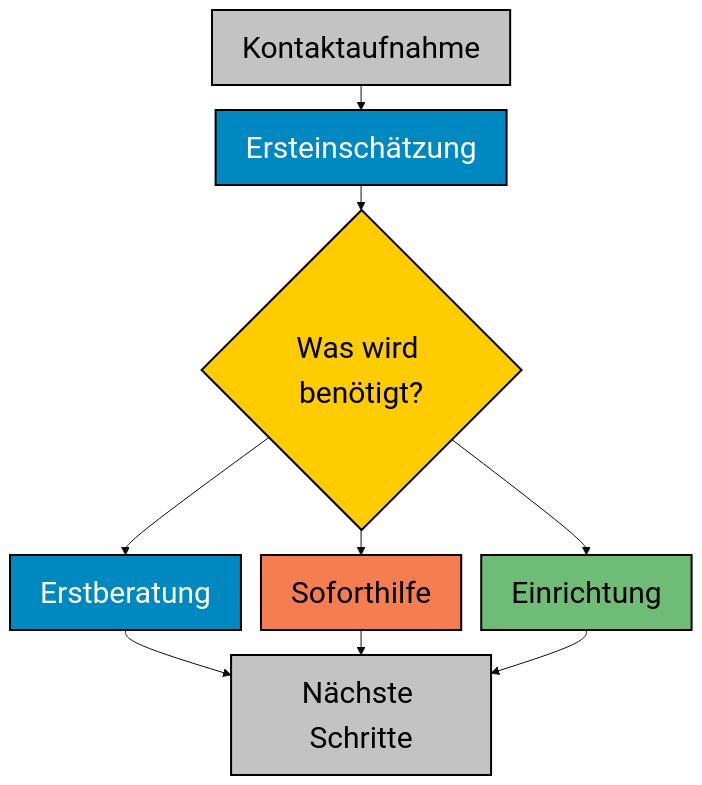
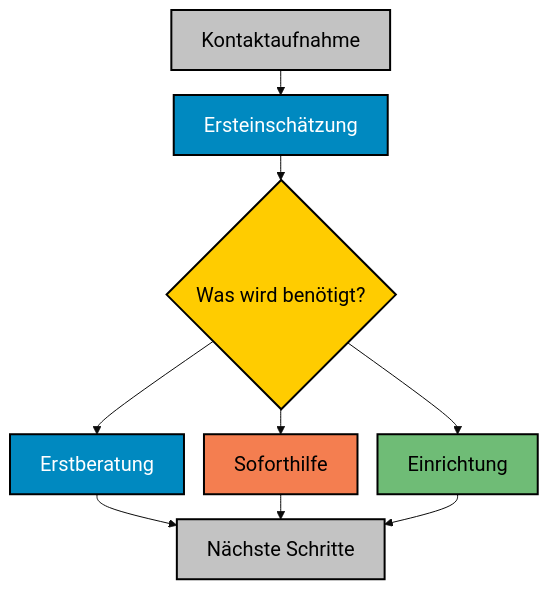
The diagram in README.md (macromeer/macromeer.github.io), drawn with Mermaid before and after one commit. The commit also changed other lines of this file, not shown here.

````diff
--- a/README.md
+++ b/README.md
@@ -38,24 +67,24 @@
 ```mermaid
-%%{init: {'theme': 'base', 'themeVariables': { 'fontSize': '30px' }, 'flowchart': { 'nodeSpacing': 20, 'rankSpacing': 25 }}}%%
+%%{init: {'theme': 'base', 'themeVariables': { 'fontSize': '20px' }, 'flowchart': { 'nodeSpacing': 20, 'rankSpacing': 25 }}}%%
 flowchart TB
     A[Kontaktaufnahme] --> B[Ersteinschätzung]
     B --> C{Was wird benötigt?}
     C --> D[Erstberatung]
     C --> E[Soforthilfe]
     C --> F[Einrichtung]
     D --> G[Nächste Schritte]
     E --> G
     F --> G
 
     classDef gray fill:#c3c3c3,stroke:#000000,color:#000000,stroke-width:2px;
     classDef blue fill:#0089c0,stroke:#000000,color:#ffffff,stroke-width:2px;
     classDef red fill:#f47e50,stroke:#000000,color:#000000,stroke-width:2px;
     classDef green fill:#6fbc76,stroke:#000000,color:#000000,stroke-width:2px;
     classDef yellow fill:#ffcc00,stroke:#000000,color:#000000,stroke-width:2px;
 
     class A,G gray;
     class C yellow;
     class B,D blue;
     class E red;
     class F green;
 ```
````
